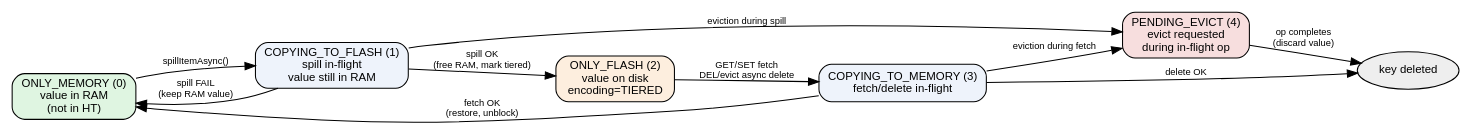
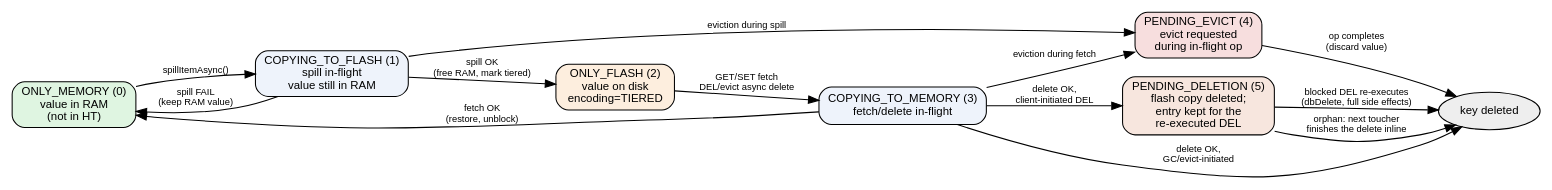
The diagram in .agent/wiki/diagrams/state-machine.dot (dubey02/valkey-data-tiering), drawn with Graphviz before and after one commit. The commit also changed 17 other files, not shown here.

```diff
--- a/.agent/wiki/diagrams/state-machine.dot
+++ b/.agent/wiki/diagrams/state-machine.dot
@@ -1,25 +1,29 @@
 // Data tiering state machine — source: src/ext_storage.h, context/state-machine-design.md
 // Render: dot -Tpng state-machine.dot -o state-machine.png
 digraph data_tiering_state {
     rankdir=LR;
     bgcolor="white";
     node [shape=box, style="rounded,filled", fillcolor="#eef3fb", fontname="Helvetica", fontsize=11];
     edge [fontname="Helvetica", fontsize=9];
 
     OM   [label="ONLY_MEMORY (0)\nvalue in RAM\n(not in HT)", fillcolor="#dff5e1"];
     CTF  [label="COPYING_TO_FLASH (1)\nspill in-flight\nvalue still in RAM"];
     OF   [label="ONLY_FLASH (2)\nvalue on disk\nencoding=TIERED", fillcolor="#fdeede"];
     CTM  [label="COPYING_TO_MEMORY (3)\nfetch/delete in-flight"];
     PE   [label="PENDING_EVICT (4)\nevict requested\nduring in-flight op", fillcolor="#f7dede"];
+    PD   [label="PENDING_DELETION (5)\nflash copy deleted;\nentry kept for the\nre-executed DEL", fillcolor="#f7e6de"];
     DEL  [label="key deleted", shape=ellipse, fillcolor="#eeeeee"];
 
     OM  -> CTF [label="spillItemAsync()"];
     CTF -> OF  [label="spill OK\n(free RAM, mark tiered)"];
     CTF -> OM  [label="spill FAIL\n(keep RAM value)"];
     CTF -> PE  [label="eviction during spill"];
     OF  -> CTM [label="GET/SET fetch\nDEL/evict async delete"];
     CTM -> OM  [label="fetch OK\n(restore, unblock)"];
-    CTM -> DEL [label="delete OK"];
+    CTM -> PD  [label="delete OK,\nclient-initiated DEL"];
+    CTM -> DEL [label="delete OK,\nGC/evict-initiated"];
     CTM -> PE  [label="eviction during fetch"];
     PE  -> DEL [label="op completes\n(discard value)"];
+    PD  -> DEL [label="blocked DEL re-executes\n(dbDelete, full side effects)"];
+    PD  -> DEL [label="orphan: next toucher\nfinishes the delete inline"];
 }
```
